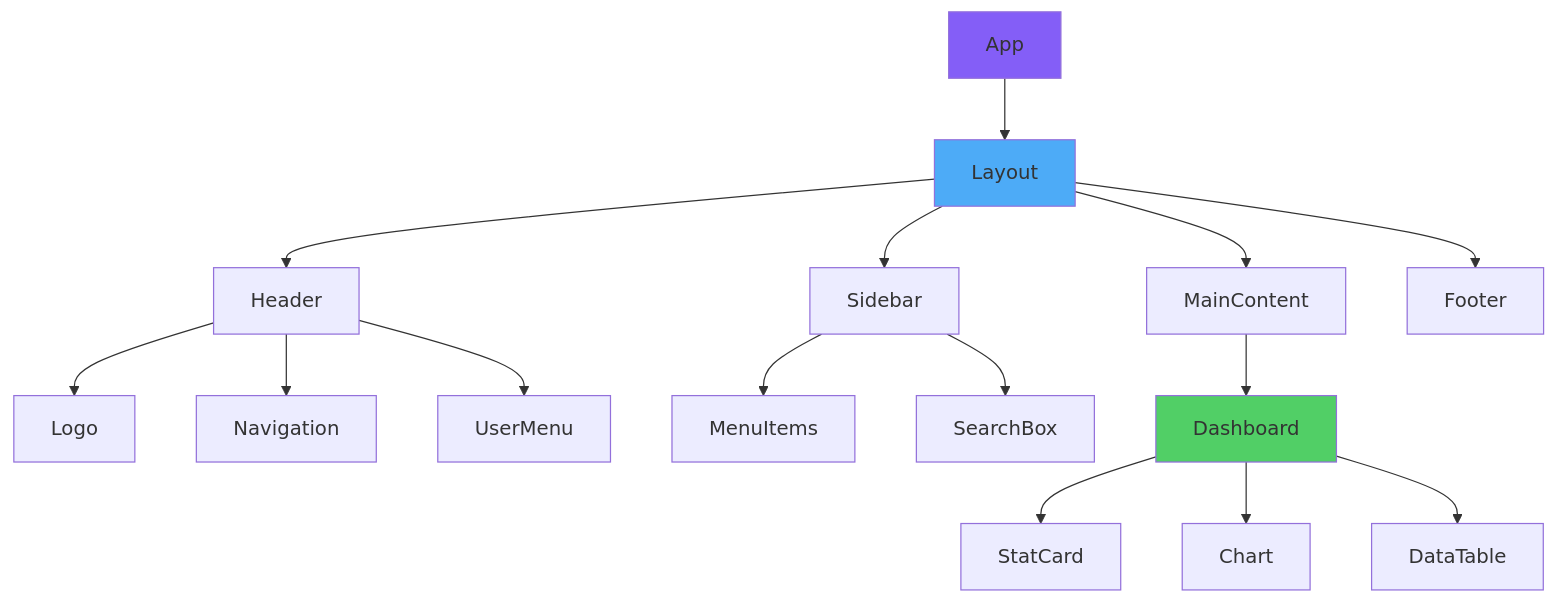
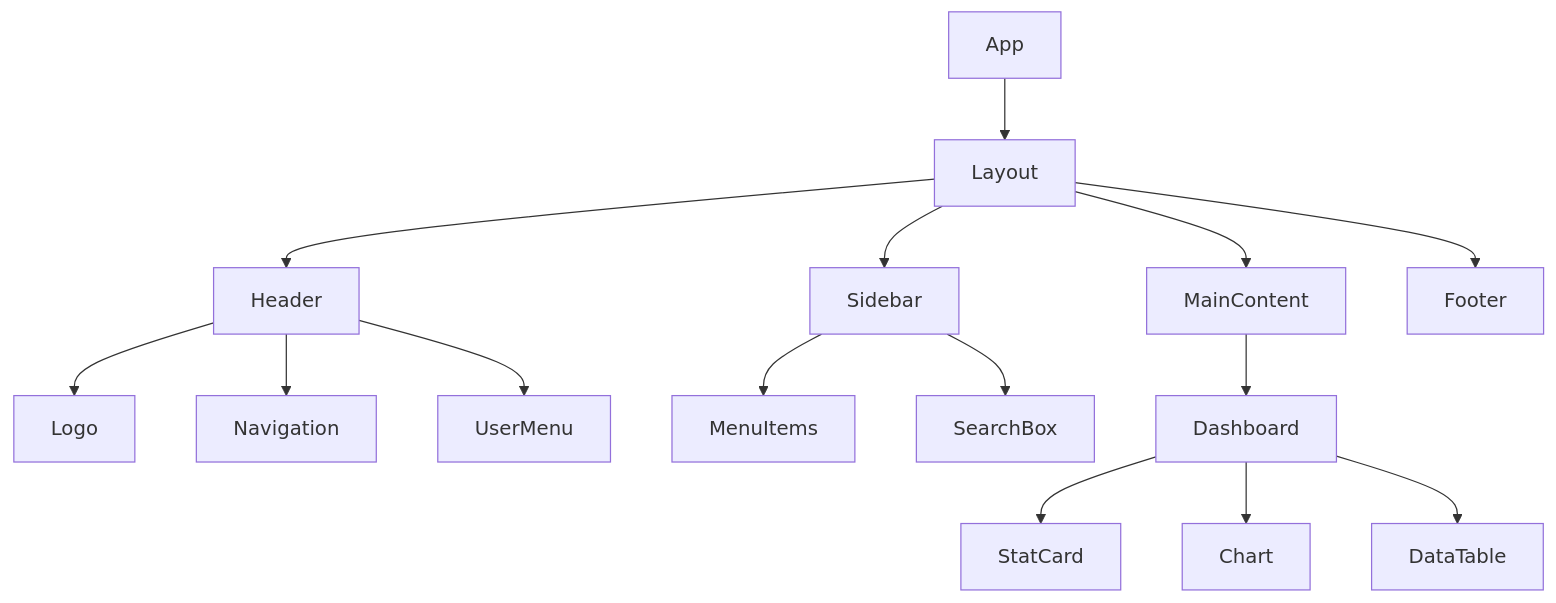
One commit to BabaScience/react-guides changed the second of 12 diagrams in arguments/chapters/03-component-patterns-best-practices.md. Above: the diagram before and after it, drawn with Mermaid. The commit also changed other lines of this file and 29 other files, not shown here.

First line of the commit message:
Bring React FR/IT translations to full English parity + theme-safe diagrams

````diff
--- a/arguments/chapters/03-component-patterns-best-practices.md
+++ b/arguments/chapters/03-component-patterns-best-practices.md
@@ -116,24 +114,21 @@
 ```mermaid
 graph TD
     A[App] --> B[Layout]
     B --> C[Header]
     B --> D[Sidebar]
     B --> E[MainContent]
     B --> F[Footer]
     
     C --> C1[Logo]
     C --> C2[Navigation]
     C --> C3[UserMenu]
     
     D --> D1[MenuItems]
     D --> D2[SearchBox]
     
     E --> E1[Dashboard]
     E1 --> E2[StatCard]
     E1 --> E3[Chart]
     E1 --> E4[DataTable]
     
-    style A fill:#845ef7
-    style B fill:#4dabf7
-    style E1 fill:#51cf66
 ```
````
